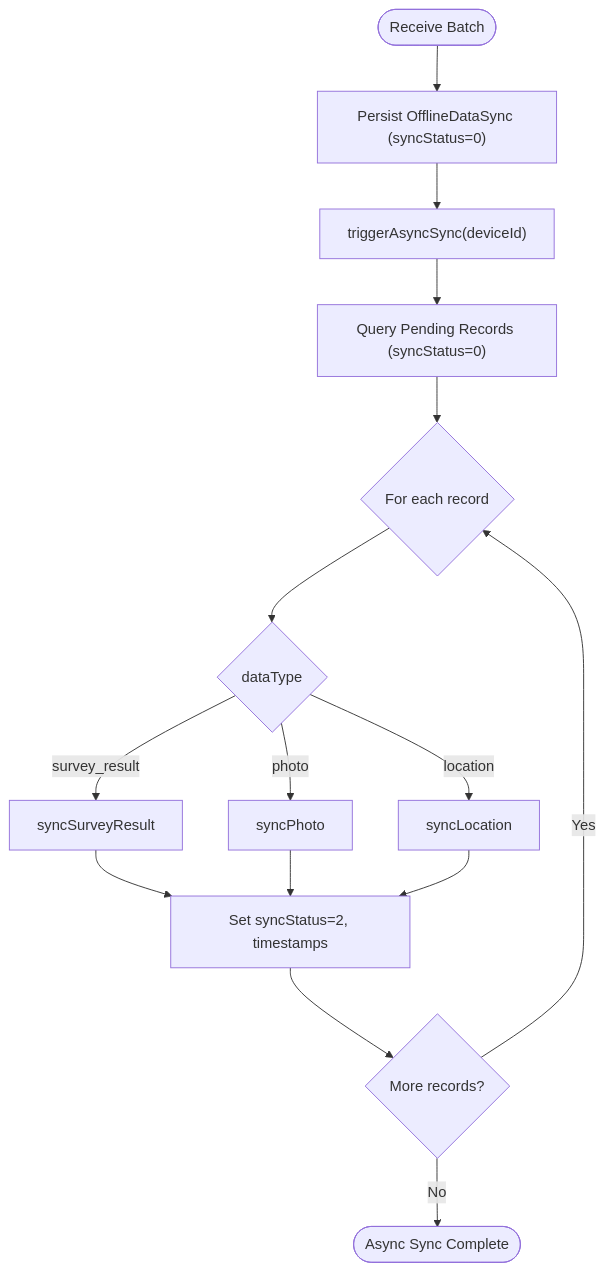
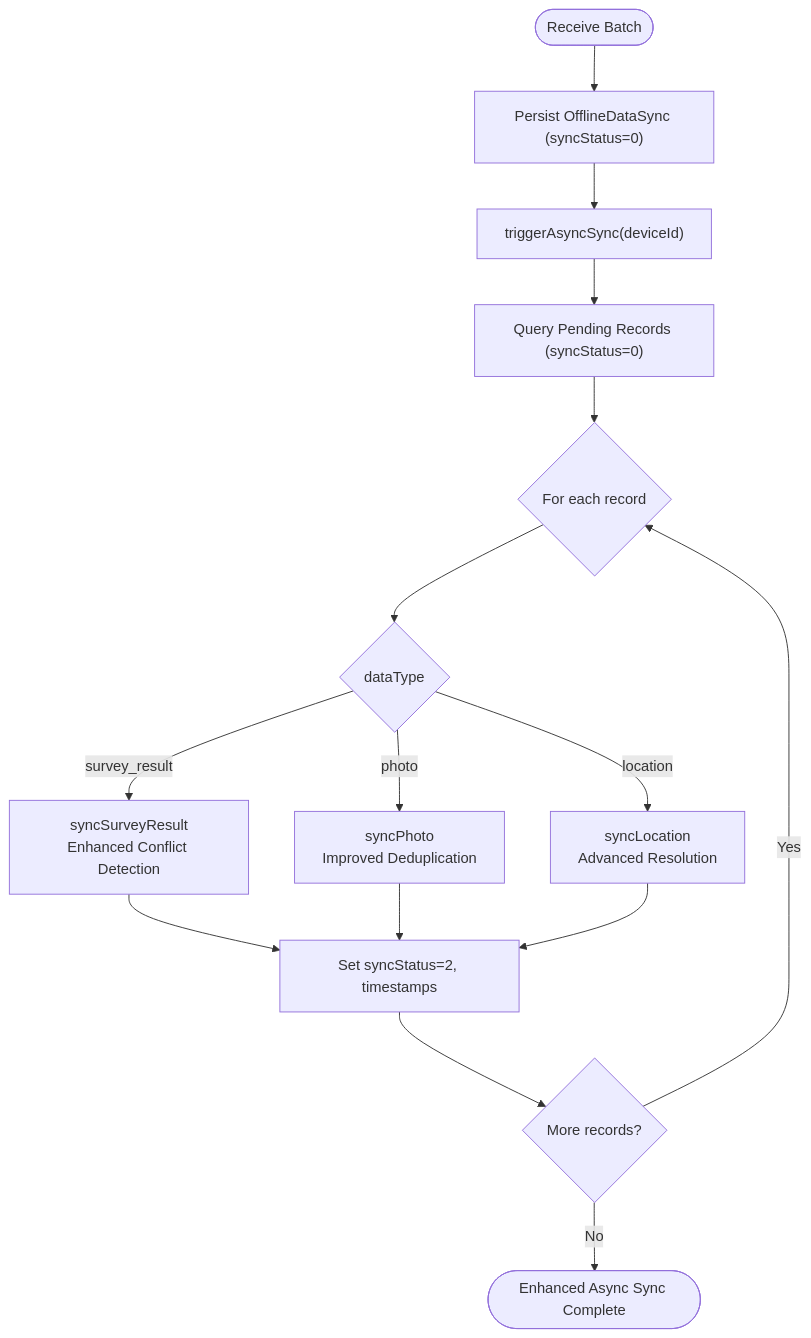
Before and after one commit to bo961386926/Survey-App: the fourth of 11 diagrams in .qoder/repowiki/en/content/Data Collection & Forms/Offline Data Synchronization.md, drawn with Mermaid. The commit also changed other lines of this file and 25 other files, not shown here.

````diff
--- a/.qoder/repowiki/en/content/Data Collection & Forms/Offline Data Synchronization.md
+++ b/.qoder/repowiki/en/content/Data Collection & Forms/Offline Data Synchronization.md
@@ -195,17 +229,17 @@
 ```mermaid
 flowchart TD
 Start(["Receive Batch"]) --> Save["Persist OfflineDataSync (syncStatus=0)"]
 Save --> Trigger["triggerAsyncSync(deviceId)"]
 Trigger --> Pending["Query Pending Records (syncStatus=0)"]
 Pending --> Loop{"For each record"}
 Loop --> Type{"dataType"}
-Type --> |survey_result| SR["syncSurveyResult"]
-Type --> |photo| PH["syncPhoto"]
-Type --> |location| LOC["syncLocation"]
+Type --> |survey_result| SR["syncSurveyResult<br/>Enhanced Conflict Detection"]
+Type --> |photo| PH["syncPhoto<br/>Improved Deduplication"]
+Type --> |location| LOC["syncLocation<br/>Advanced Resolution"]
 SR --> Done["Set syncStatus=2, timestamps"]
 PH --> Done
 LOC --> Done
 Done --> Next{"More records?"}
 Next --> |Yes| Loop
-Next --> |No| End(["Async Sync Complete"])
+Next --> |No| End(["Enhanced Async Sync Complete"])
 ```
````
